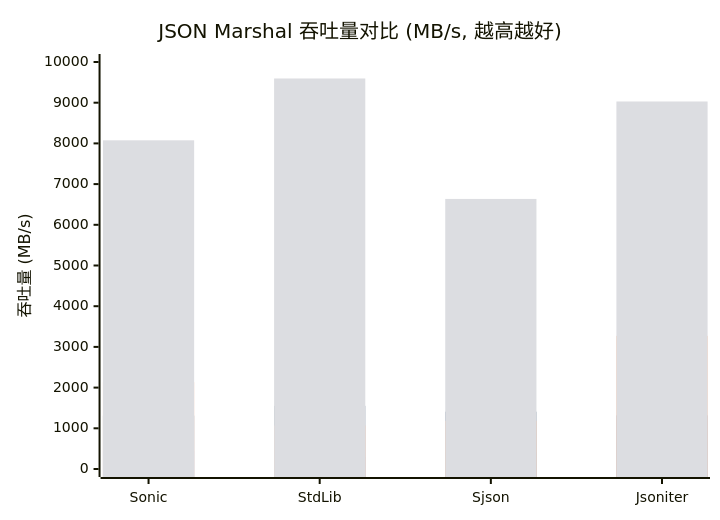
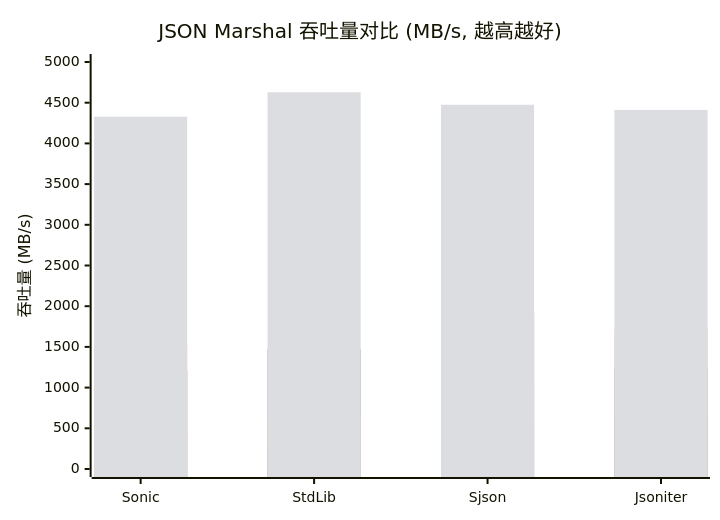
One commit to linkxzhou/sjson changed the fifth of 6 diagrams in README.md. Above: the diagram before and after it, drawn with Mermaid. The commit also changed other lines of this file and 6 other files, not shown here.

````diff
--- a/README.md
+++ b/README.md
@@ -315,10 +323,10 @@
 ```mermaid
 xychart-beta
     title "JSON Marshal 吞吐量对比 (MB/s, 越高越好)"
     x-axis ["Sonic", "StdLib", "Sjson", "Jsoniter"]
-    y-axis "吞吐量 (MB/s)" 0 --> 10000
-    bar "Generic" [445.01, 298.68, 412.71, 684.44]
-    bar "Binding" [1312.49, 1552.09, 1408.42, 1318.61]
-    bar "Parallel Generic" [2133.32, 1067.22, 1182.92, 3271.41]
-    bar "Parallel Binding" [8075.76, 9594.99, 6635.75, 9029.83]
+    y-axis "吞吐量 (MB/s)" 0 --> 5000
+    bar "Generic" [411.84, 277.17, 530.32, 644.09]
+    bar "Binding" [1206.54, 1474.42, 1913.60, 1244.00]
+    bar "Parallel Generic" [1512.26, 627.53, 1074.59, 1729.23]
+    bar "Parallel Binding" [4328.13, 4628.69, 4474.54, 4411.10]
 ```
````
